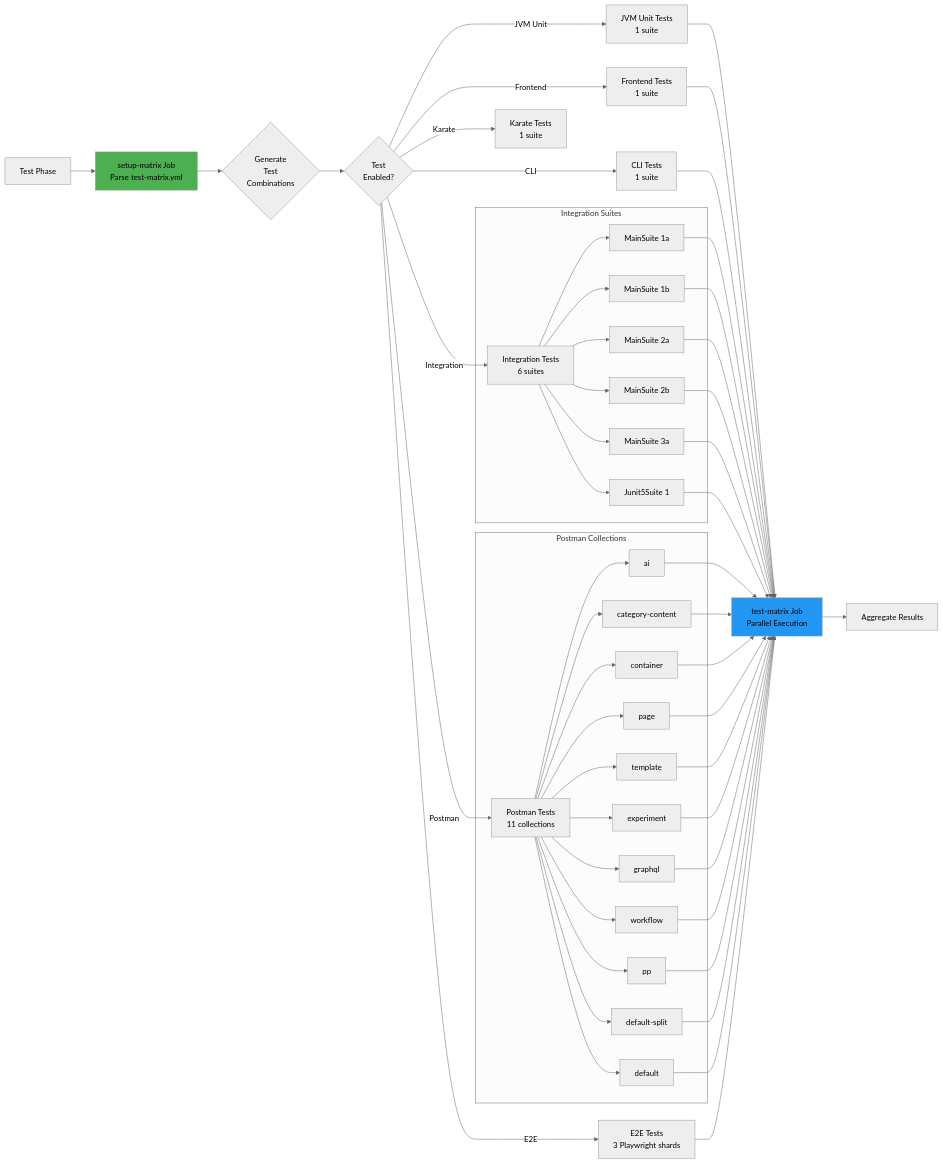
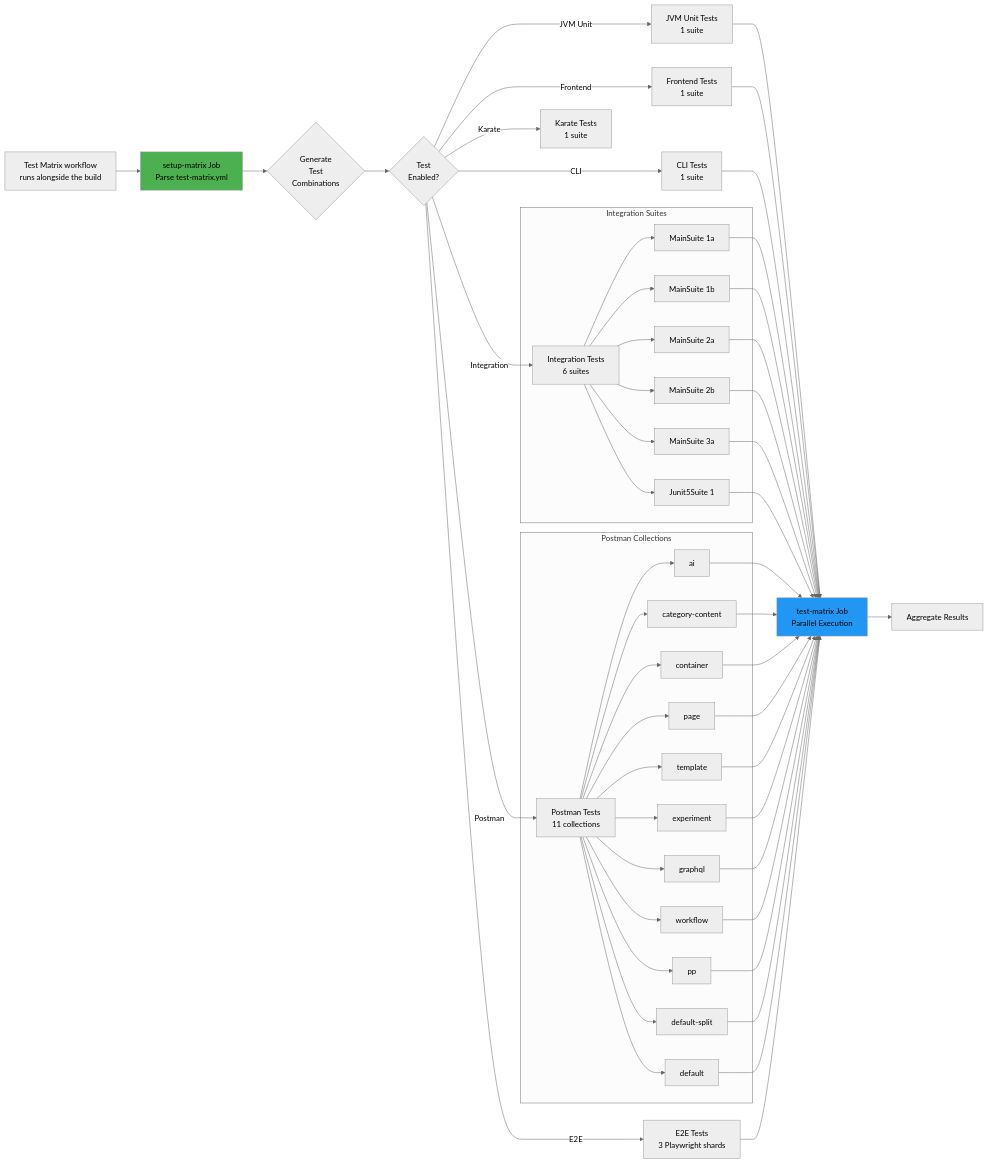
Before and after one commit to dotCMS/core: the fifth of 6 diagrams in .github/workflows/WORKFLOW_ARCHITECTURE.md, drawn with Mermaid (neutral theme). The commit also changed 9 other files, not shown here.

````diff
--- a/.github/workflows/WORKFLOW_ARCHITECTURE.md
+++ b/.github/workflows/WORKFLOW_ARCHITECTURE.md
@@ -408,66 +408,66 @@
 ```mermaid
 flowchart LR
-    Start[Test Phase] --> Matrix[setup-matrix Job<br/>Parse test-matrix.yml]
+    Start[Test Matrix workflow<br/>runs alongside the build] --> Matrix[setup-matrix Job<br/>Parse test-matrix.yml]
     
     Matrix --> Generate{Generate<br/>Test<br/>Combinations}
     
     Generate --> Check{Test<br/>Enabled?}
     
     Check -->|JVM Unit| JVM[JVM Unit Tests<br/>1 suite]
     Check -->|Frontend| FE[Frontend Tests<br/>1 suite]
     Check -->|CLI| CLI[CLI Tests<br/>1 suite]
     Check -->|Integration| IT[Integration Tests<br/>6 suites]
     Check -->|Postman| PM[Postman Tests<br/>11 collections]
     Check -->|Karate| KT[Karate Tests<br/>1 suite]
     Check -->|E2E| E2E[E2E Tests<br/>3 Playwright shards]
     
     subgraph "Integration Suites"
         IT --> IT1[MainSuite 1a]
         IT --> IT2[MainSuite 1b]
         IT --> IT3[MainSuite 2a]
         IT --> IT4[MainSuite 2b]
         IT --> IT5[MainSuite 3a]
         IT --> IT6[Junit5Suite 1]
     end
     
     subgraph "Postman Collections"
         PM --> PM1[ai]
         PM --> PM2[category-content]
         PM --> PM3[container]
         PM --> PM4[page]
         PM --> PM5[template]
         PM --> PM6[experiment]
         PM --> PM7[graphql]
         PM --> PM8[workflow]
         PM --> PM9[pp]
         PM --> PM10[default-split]
         PM --> PM11[default]
     end
     
     JVM --> Execute[test-matrix Job<br/>Parallel Execution]
     FE --> Execute
     CLI --> Execute
     IT1 --> Execute
     IT2 --> Execute
     IT3 --> Execute
     IT4 --> Execute
     IT5 --> Execute
     IT6 --> Execute
     PM1 --> Execute
     PM2 --> Execute
     PM3 --> Execute
     PM4 --> Execute
     PM5 --> Execute
     PM6 --> Execute
     PM7 --> Execute
     PM8 --> Execute
     PM9 --> Execute
     PM10 --> Execute
     PM11 --> Execute
     E2E --> Execute
     
     Execute --> Results[Aggregate Results]
     
     style Matrix fill:#4caf50
     style Execute fill:#2196f3
 ```
````
